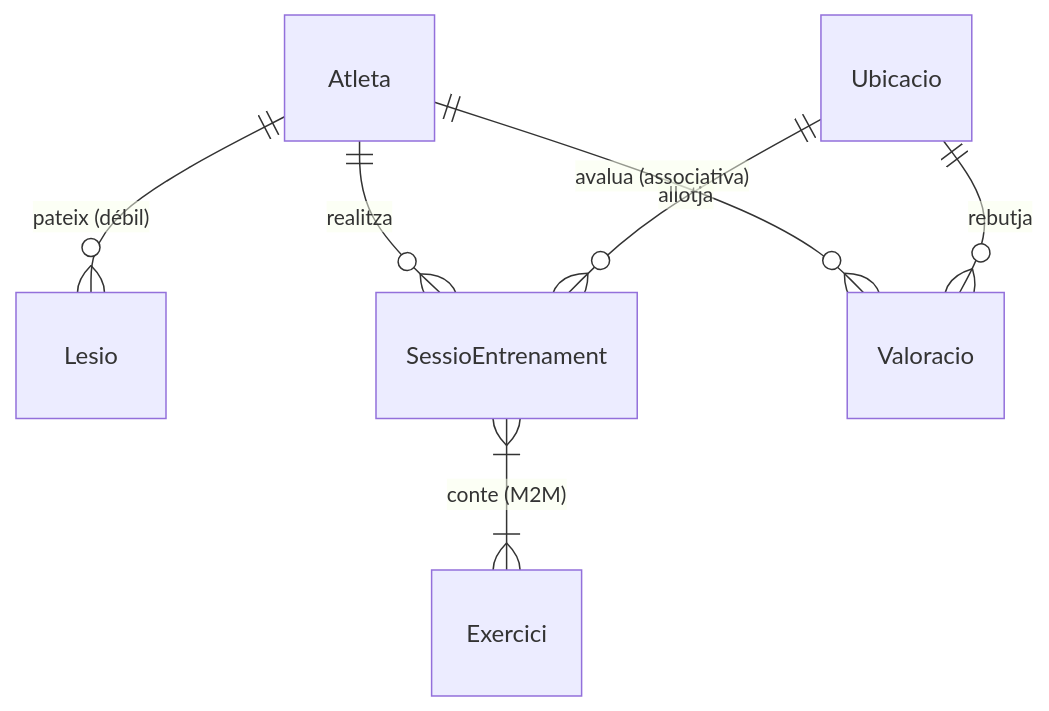
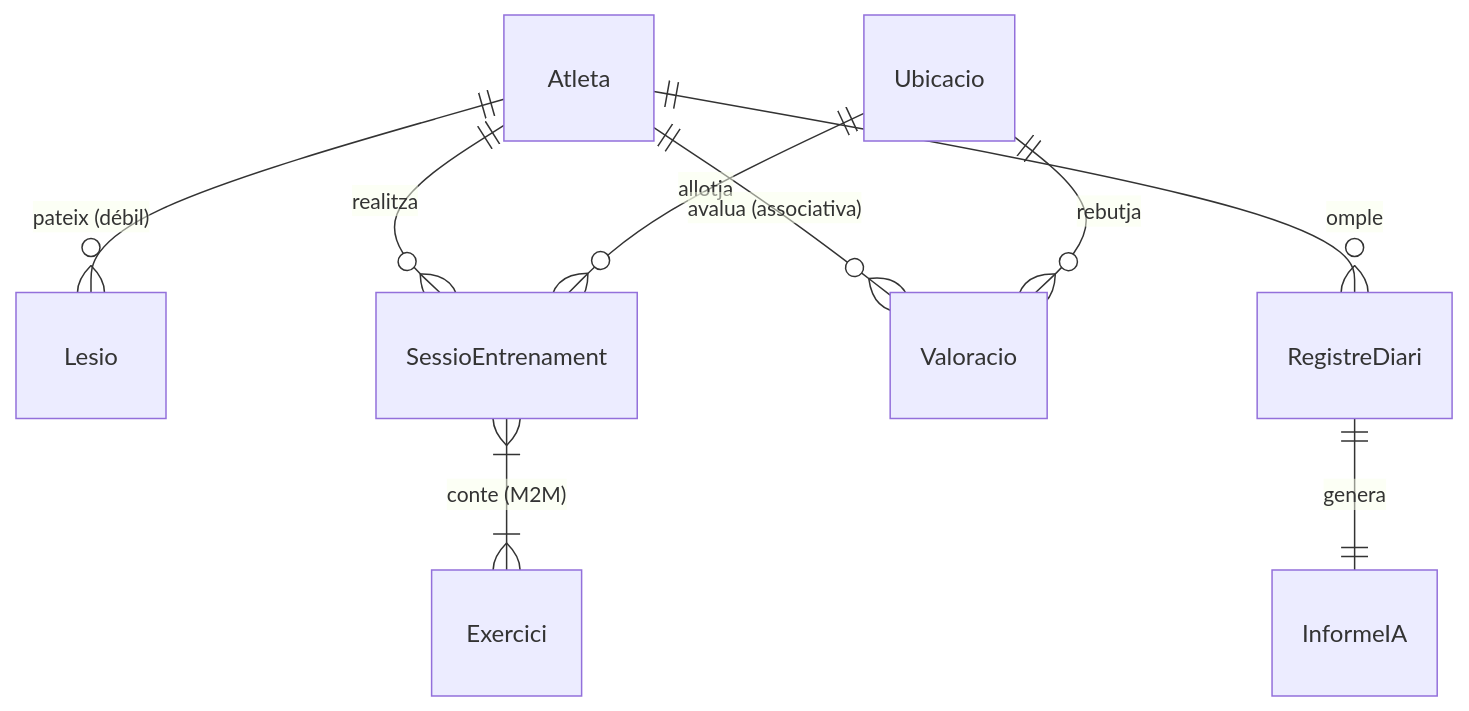
One commit to hugohf05/GoUp_ai changed the diagram in arquitectura_projecte.md. Above: the diagram before and after it, drawn with Mermaid. The commit also changed other lines of this file and 11 other files, not shown here.

````diff
--- a/arquitectura_projecte.md
+++ b/arquitectura_projecte.md
@@ -26,9 +26,11 @@
 ```mermaid
 erDiagram
     Atleta ||--o{ Lesio : "pateix (débil)"
     Atleta ||--o{ SessioEntrenament : "realitza"
     Ubicacio ||--o{ SessioEntrenament : "allotja"
     Atleta ||--o{ Valoracio : "avalua (associativa)"
     Ubicacio ||--o{ Valoracio : "rebutja"
     SessioEntrenament }|--|{ Exercici : "conte (M2M)"
+    Atleta ||--o{ RegistreDiari : "omple"
+    RegistreDiari ||--|| InformeIA : "genera"
 ```
````
